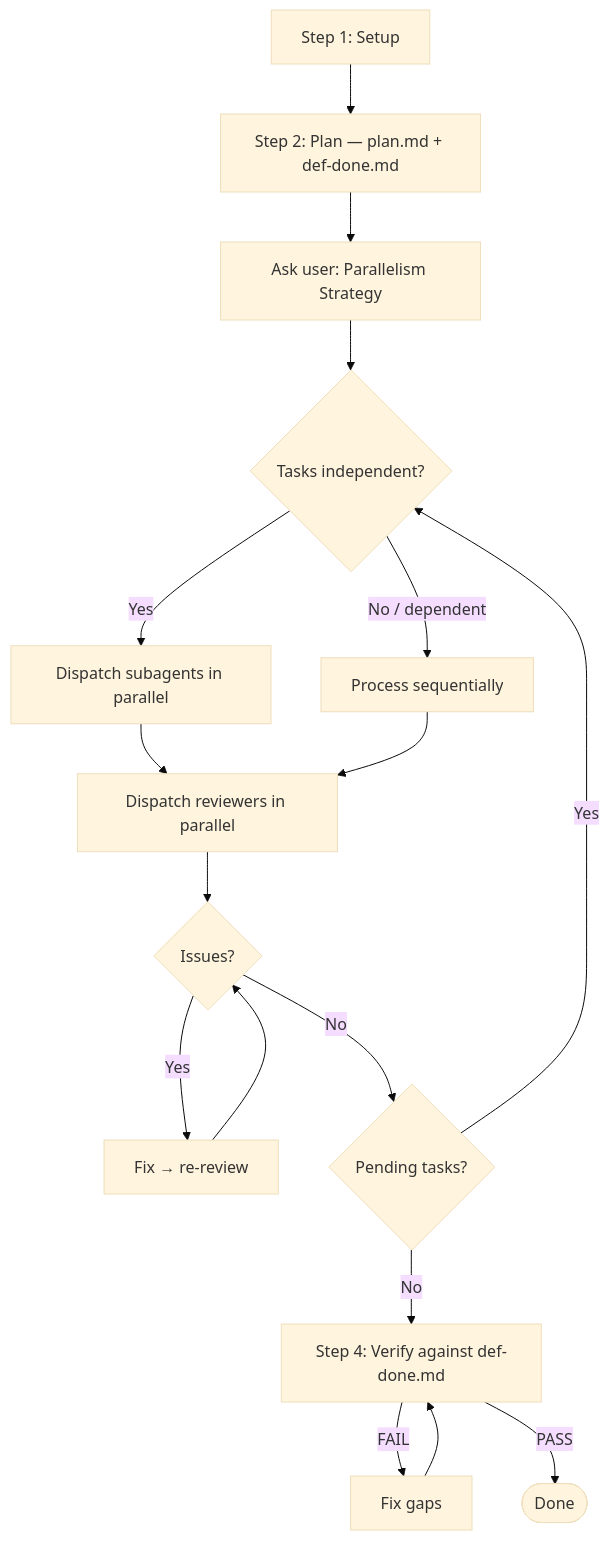
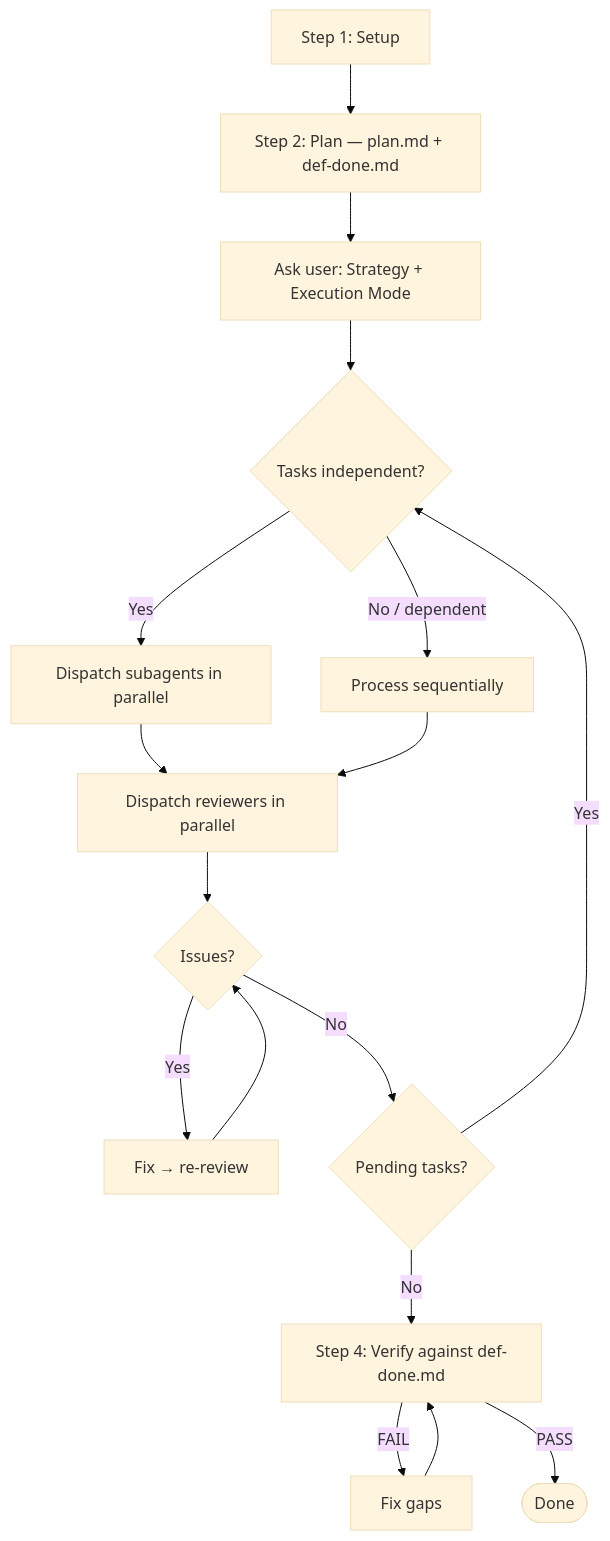
One commit to RonenSivak/Relay changed the diagram in .claude/skills/adopt-subagent-flow/SKILL.md. Above: the diagram before and after it, drawn with Mermaid (base theme). The commit also changed other lines of this file, not shown here.

First line of the commit message:
Enhance adopt-subagent-flow skill with execution mode selection

````diff
--- a/.claude/skills/adopt-subagent-flow/SKILL.md
+++ b/.claude/skills/adopt-subagent-flow/SKILL.md
@@ -10,17 +10,17 @@
 ```mermaid
 flowchart TD
     Setup[Step 1: Setup] --> Plan[Step 2: Plan — plan.md + def-done.md]
-    Plan --> Strategy[Ask user: Parallelism Strategy]
+    Plan --> Strategy[Ask user: Strategy + Execution Mode]
     Strategy --> Classify{Tasks independent?}
     Classify -- Yes --> Parallel[Dispatch subagents in parallel]
     Classify -- No / dependent --> Sequential[Process sequentially]
     Parallel --> Review[Dispatch reviewers in parallel]
     Sequential --> Review
     Review --> Issues{Issues?}
     Issues -- Yes --> Fix[Fix → re-review] --> Issues
     Issues -- No --> More{Pending tasks?}
     More -- Yes --> Classify
     More -- No --> Verify[Step 4: Verify against def-done.md]
     Verify -- FAIL --> FixGap[Fix gaps] --> Verify
     Verify -- PASS --> Done([Done])
 ```
````
